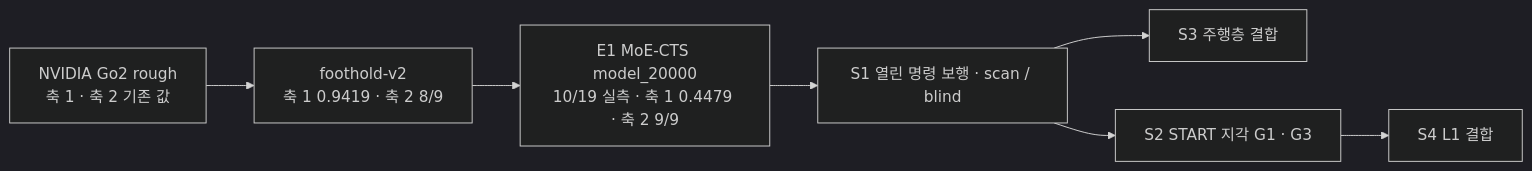
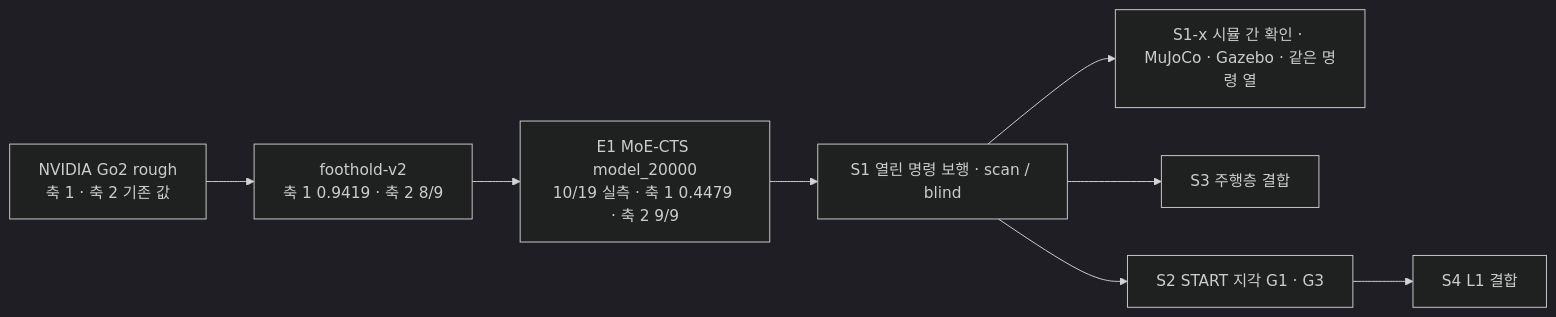
Before and after one commit to foothold-project/foothold-lab: the diagram in inbox/jay/20261019-design/41-EVAL-AXES.md, drawn with Mermaid (dark theme). The commit also changed other lines of this file and 12 other files, not shown here.

````diff
--- a/inbox/jay/20261019-design/41-EVAL-AXES.md
+++ b/inbox/jay/20261019-design/41-EVAL-AXES.md
@@ -15,9 +15,10 @@
 ```mermaid
 flowchart LR
   N[NVIDIA Go2 rough<br/>축 1 · 축 2 기존 값] --> V2[foothold-v2<br/>축 1 0.9419 · 축 2 8/9]
   V2 --> E1[E1 MoE-CTS model_20000<br/>10/19 실측 · 축 1 0.4479 · 축 2 9/9]
   E1 --> S1[S1 열린 명령 보행 · scan / blind]
+  S1 --> S1x[S1-x 시뮬 간 확인 · MuJoCo · Gazebo · 같은 명령 열]
   S1 --> S3[S3 주행층 결합]
   S1 --> S2[S2 START 지각 G1 · G3]
   S2 --> S4[S4 L1 결합]
 ```
````
